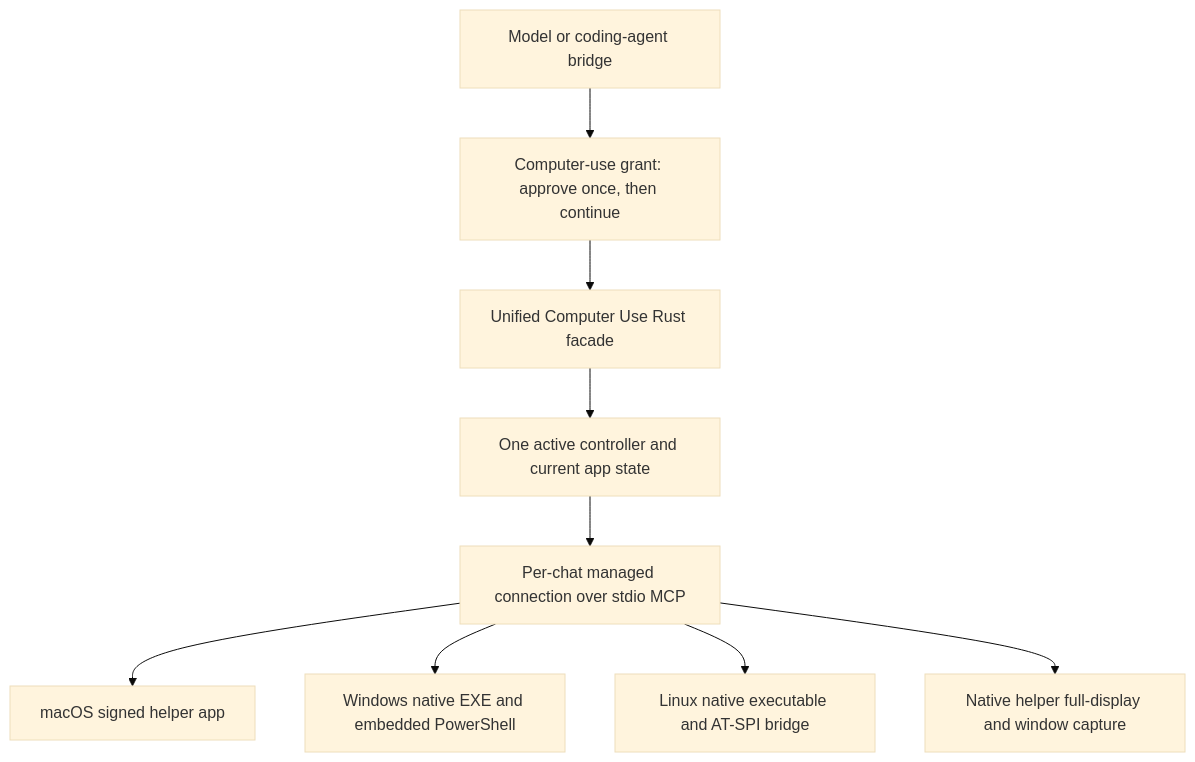
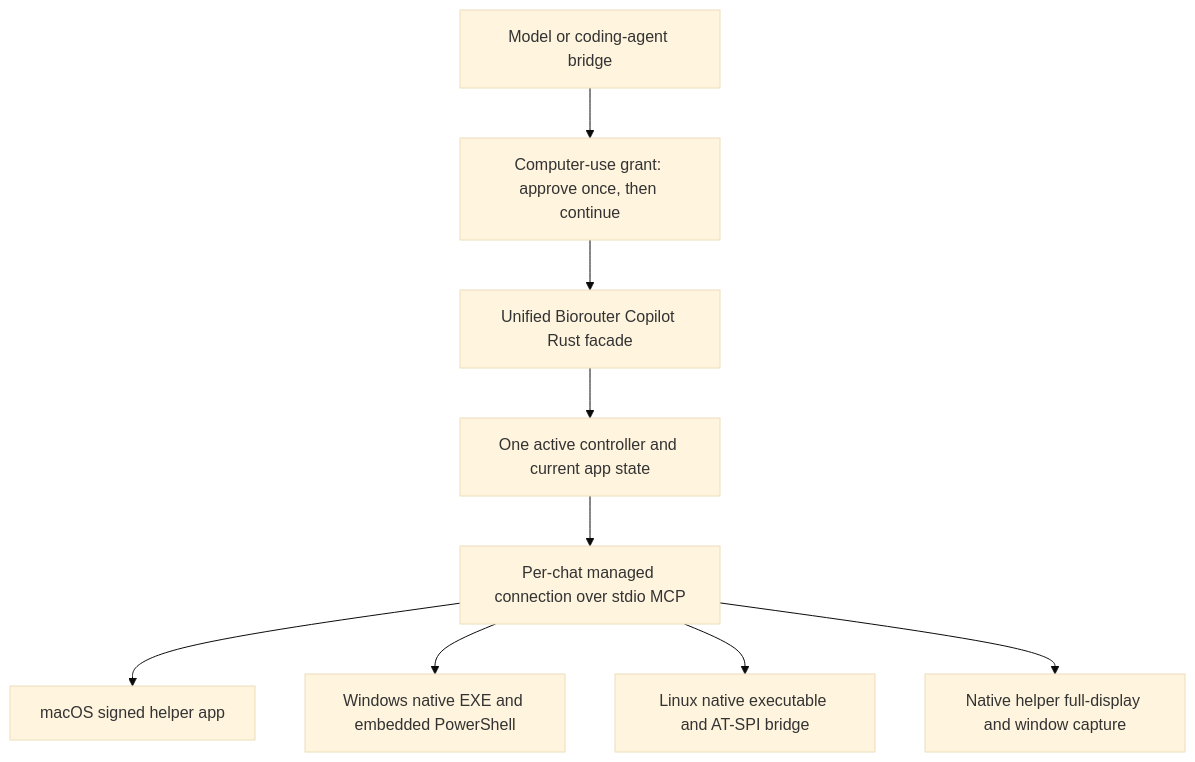
Before and after one commit to BaranziniLab/biorouter: the diagram in docs/design/computer-use-integration-plan.md, drawn with Mermaid (base theme). The commit also changed other lines of this file and 118 other files, not shown here.

First line of the commit message:
feat: rename the capability from Computer Use to Biorouter Copilot (#349)

````diff
--- a/docs/design/computer-use-integration-plan.md
+++ b/docs/design/computer-use-integration-plan.md
@@ -41,11 +41,11 @@
 ```mermaid
 flowchart TD
     A[Model or coding-agent bridge] --> B[Computer-use grant: approve once, then continue]
-    B --> C[Unified Computer Use Rust facade]
+    B --> C[Unified Biorouter Copilot Rust facade]
     C --> D[One active controller and current app state]
     D --> E[Per-chat managed connection over stdio MCP]
     E --> M[macOS signed helper app]
     E --> W[Windows native EXE and embedded PowerShell]
     E --> L[Linux native executable and AT-SPI bridge]
     E --> F[Native helper full-display and window capture]
 ```
````
